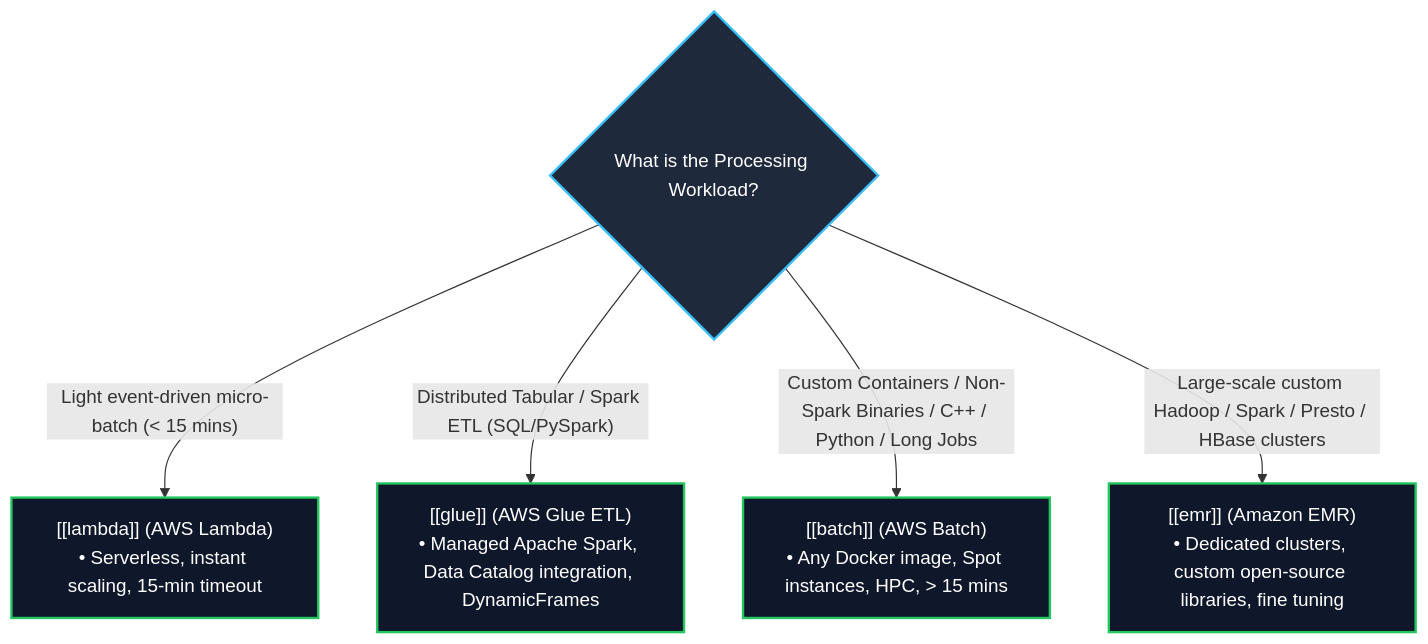
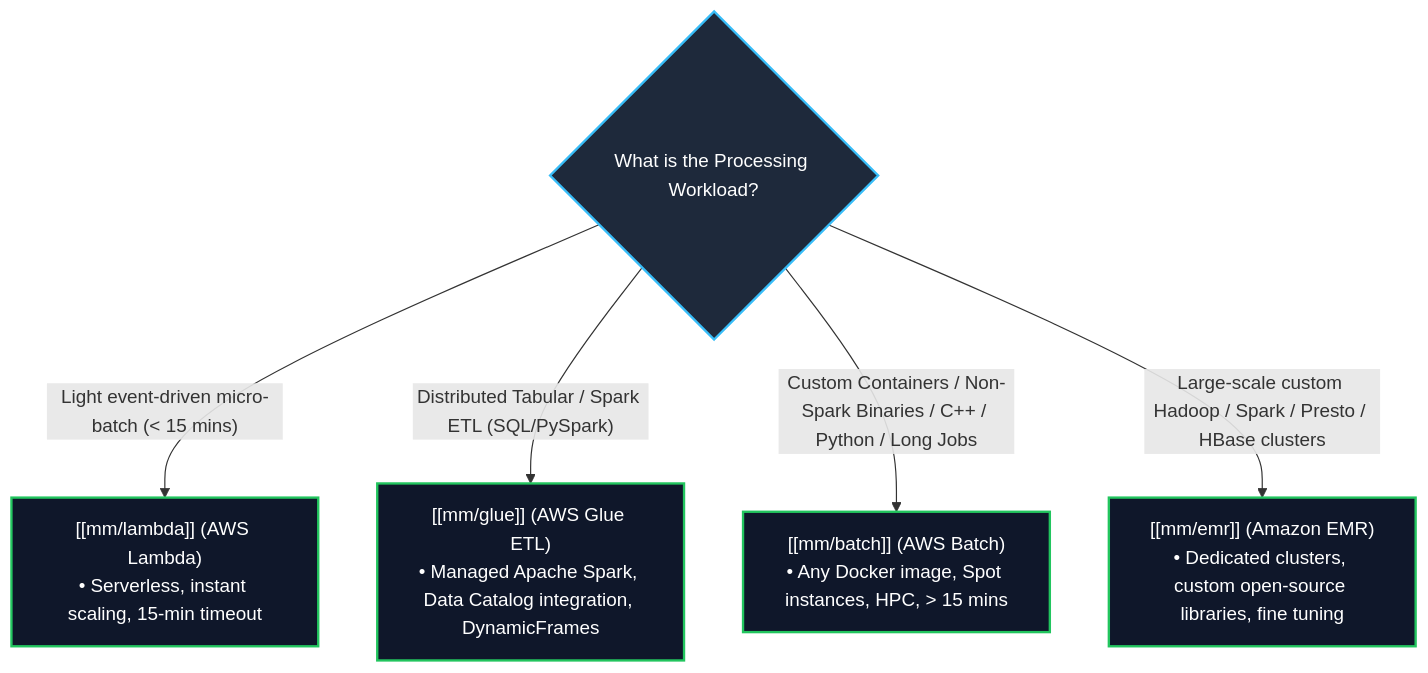
One commit to Wathon/aws-dea-c01-note changed the fourth of 5 diagrams in content/mm/02-services/compute-containers/batch.md. Above: the diagram before and after it, drawn with Mermaid. The commit also changed other lines of this file and 41 other files, not shown here.

````diff
--- a/content/mm/02-services/compute-containers/batch.md
+++ b/content/mm/02-services/compute-containers/batch.md
@@ -120,18 +168,18 @@
 ```mermaid
 graph TD
     WorkloadType{What is the Processing Workload?}
     
-    WorkloadType -->|"Light event-driven micro-batch (< 15 mins)"| LambdaChoice["[[lambda]] (AWS Lambda)<br/>• Serverless, instant scaling, 15-min timeout"]
+    WorkloadType -->|"Light event-driven micro-batch (< 15 mins)"| LambdaChoice["[[mm/lambda]] (AWS Lambda)<br/>• Serverless, instant scaling, 15-min timeout"]
     
-    WorkloadType -->|"Distributed Tabular / Spark ETL (SQL/PySpark)"| GlueChoice["[[glue]] (AWS Glue ETL)<br/>• Managed Apache Spark, Data Catalog integration, DynamicFrames"]
+    WorkloadType -->|"Distributed Tabular / Spark ETL (SQL/PySpark)"| GlueChoice["[[mm/glue]] (AWS Glue ETL)<br/>• Managed Apache Spark, Data Catalog integration, DynamicFrames"]
     
-    WorkloadType -->|"Custom Containers / Non-Spark Binaries / C++ / Python / Long Jobs"| BatchChoice["[[batch]] (AWS Batch)<br/>• Any Docker image, Spot instances, HPC, > 15 mins"]
+    WorkloadType -->|"Custom Containers / Non-Spark Binaries / C++ / Python / Long Jobs"| BatchChoice["[[mm/batch]] (AWS Batch)<br/>• Any Docker image, Spot instances, HPC, > 15 mins"]
     
-    WorkloadType -->|"Large-scale custom Hadoop / Spark / Presto / HBase clusters"| EMRChoice["[[emr]] (Amazon EMR)<br/>• Dedicated clusters, custom open-source libraries, fine tuning"]
+    WorkloadType -->|"Large-scale custom Hadoop / Spark / Presto / HBase clusters"| EMRChoice["[[mm/emr]] (Amazon EMR)<br/>• Dedicated clusters, custom open-source libraries, fine tuning"]
 
     classDef dec fill:#1e293b,stroke:#38bdf8,stroke-width:2px,color:#fff;
     classDef choice fill:#0f172a,stroke:#22c55e,stroke-width:2px,color:#fff;
 
     class WorkloadType dec;
     class LambdaChoice,GlueChoice,BatchChoice,EMRChoice choice;
 ```
````
